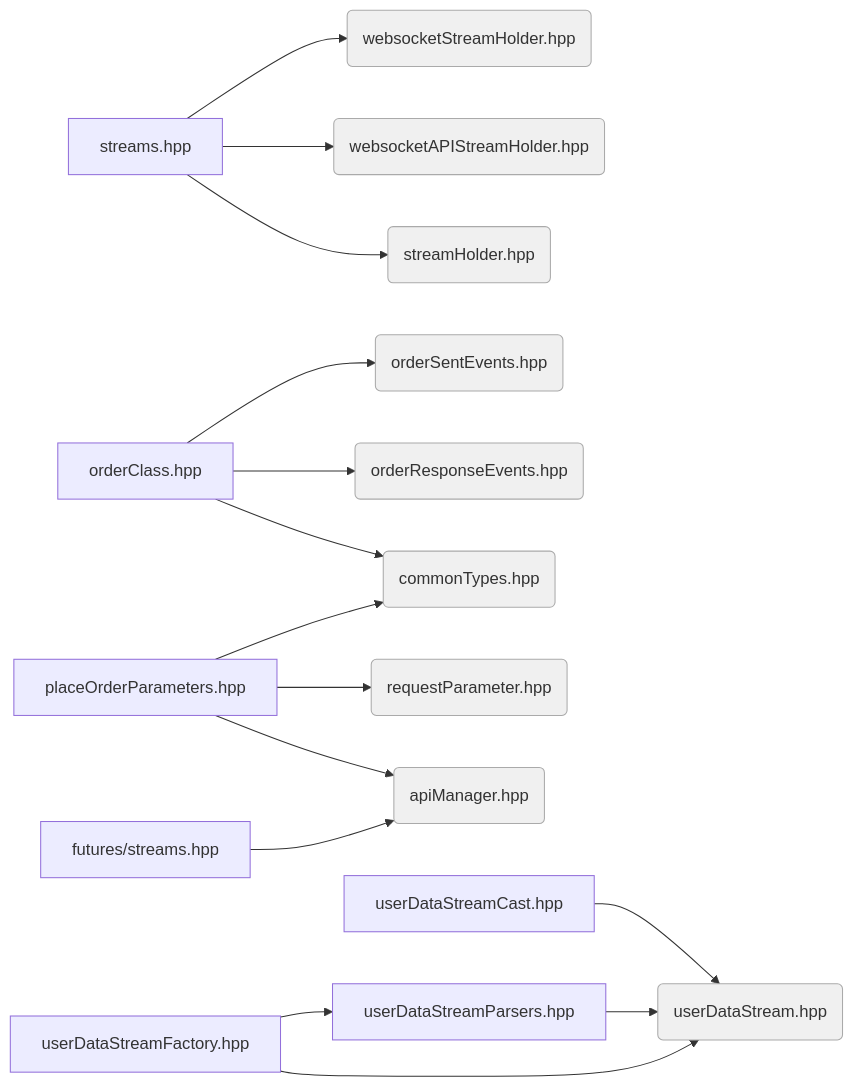
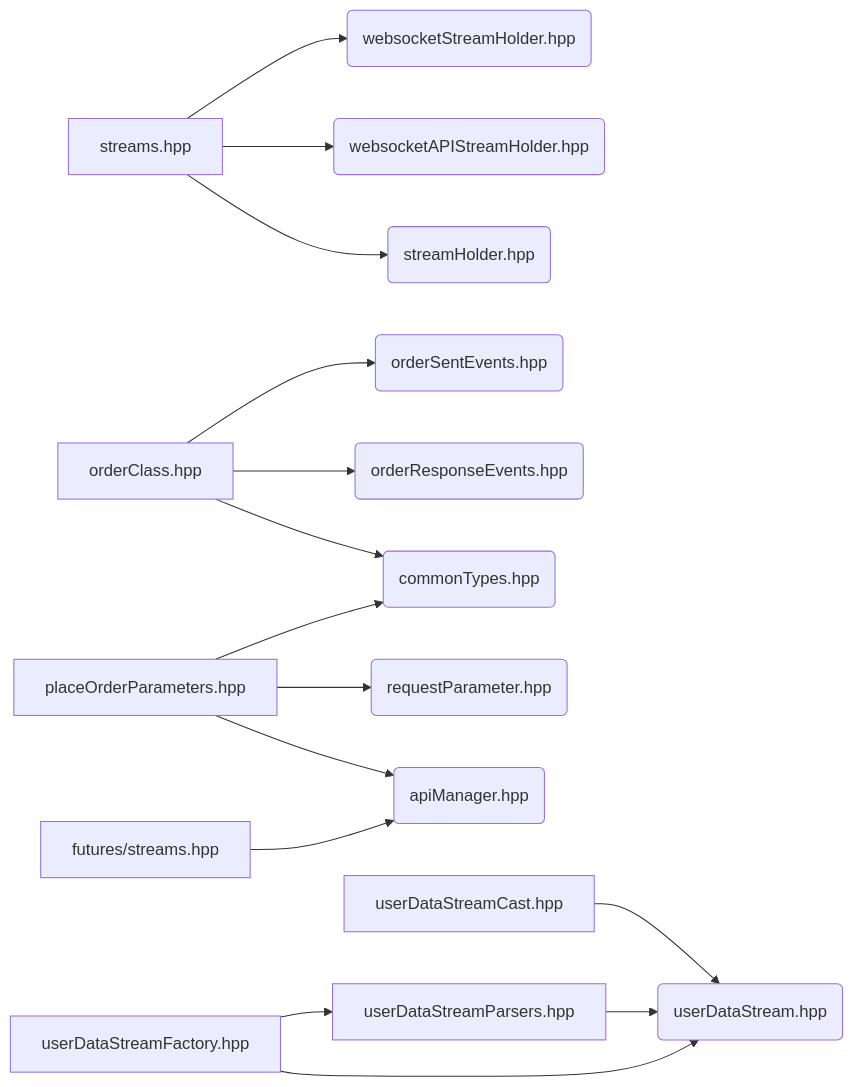
The fourth of 6 diagrams in doc/DEPENDENCY_GRAPH.md (Datakan13/AstraConnect), drawn with Mermaid before and after one commit. The commit also changed other lines of this file, not shown here.

Commit message:
Fixed dependency graph

````diff
--- a/doc/DEPENDENCY_GRAPH.md
+++ b/doc/DEPENDENCY_GRAPH.md
@@ -202,29 +200,28 @@
 ```mermaid
 graph LR
-    classDef found fill:#f0f0f0,stroke:#aaa
 
-    SH(streamHolder.hpp):::found
-    WSH(websocketStreamHolder.hpp):::found
-    WAPI(websocketAPIStreamHolder.hpp):::found
-    UDS(userDataStream.hpp):::found
-    CT(commonTypes.hpp):::found
-    ORE(orderResponseEvents.hpp):::found
-    OSE(orderSentEvents.hpp):::found
-    MGR(apiManager.hpp):::found
-    RP(requestParameter.hpp):::found
+    SH(streamHolder.hpp)
+    WSH(websocketStreamHolder.hpp)
+    WAPI(websocketAPIStreamHolder.hpp)
+    UDS(userDataStream.hpp)
+    CT(commonTypes.hpp)
+    ORE(orderResponseEvents.hpp)
+    OSE(orderSentEvents.hpp)
+    MGR(apiManager.hpp)
+    RP(requestParameter.hpp)
 
     STR[streams.hpp]               --> SH
     STR                            --> WAPI
     STR                            --> WSH
     UDC[userDataStreamCast.hpp]    --> UDS
     UDP[userDataStreamParsers.hpp] --> UDS
     UDF[userDataStreamFactory.hpp] --> UDS
     UDF                            --> UDP
     OC[orderClass.hpp]             --> CT
     OC                             --> ORE
     OC                             --> OSE
     FS[futures/streams.hpp]        --> MGR
     POP[placeOrderParameters.hpp]  --> MGR
     POP                            --> RP
     POP                            --> CT
 ```
````
